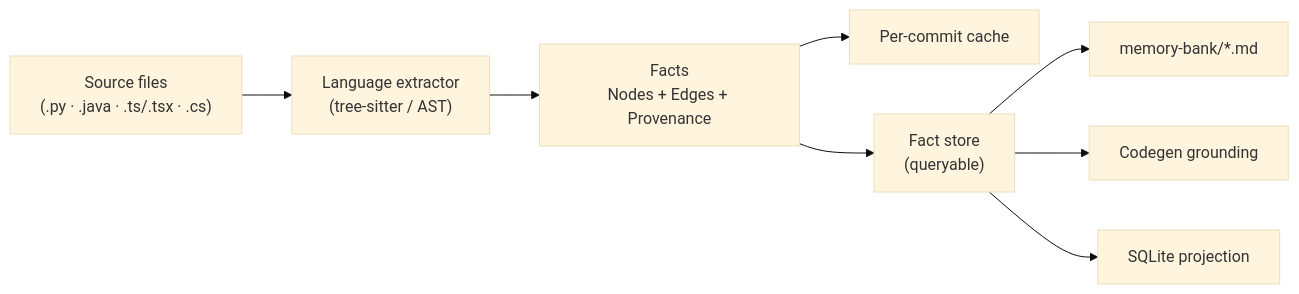
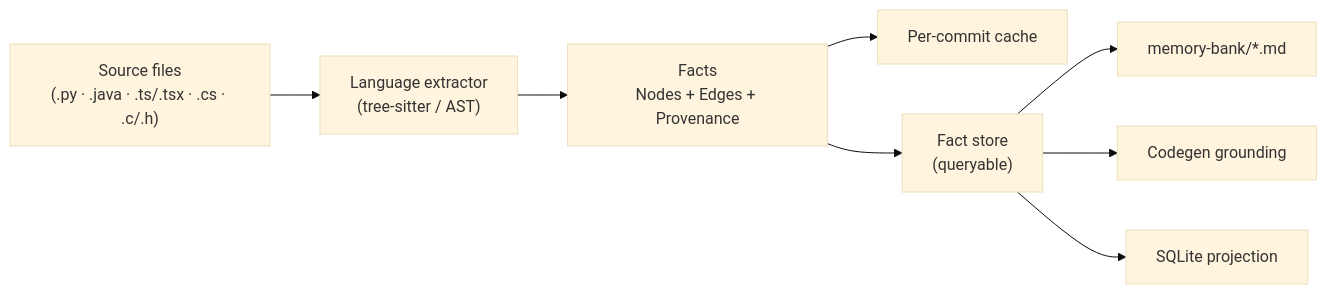
The third of 5 diagrams in KNOWLEDGE_GRAPH.md (synaptixs/spine), drawn with Mermaid (base theme) before and after one commit. The commit also changed other lines of this file and 25 other files, not shown here.

````diff
--- a/KNOWLEDGE_GRAPH.md
+++ b/KNOWLEDGE_GRAPH.md
@@ -117,10 +117,10 @@
 ```mermaid
 flowchart LR
-    src["Source files<br/>(.py · .java · .ts/.tsx · .cs)"] --> ext["Language extractor<br/>(tree-sitter / AST)"]
+    src["Source files<br/>(.py · .java · .ts/.tsx · .cs · .c/.h)"] --> ext["Language extractor<br/>(tree-sitter / AST)"]
     ext --> facts["Facts<br/>Nodes + Edges + Provenance"]
     facts --> cache["Per-commit cache"]
     facts --> store["Fact store<br/>(queryable)"]
     store --> mb["memory-bank/*.md"]
     store --> grd["Codegen grounding"]
     store --> db["SQLite projection"]
 ```
````
